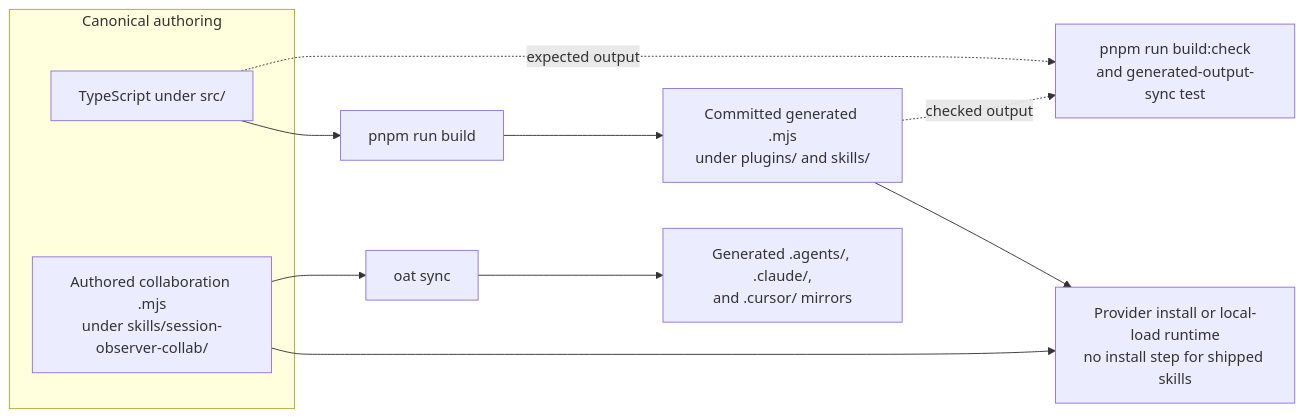
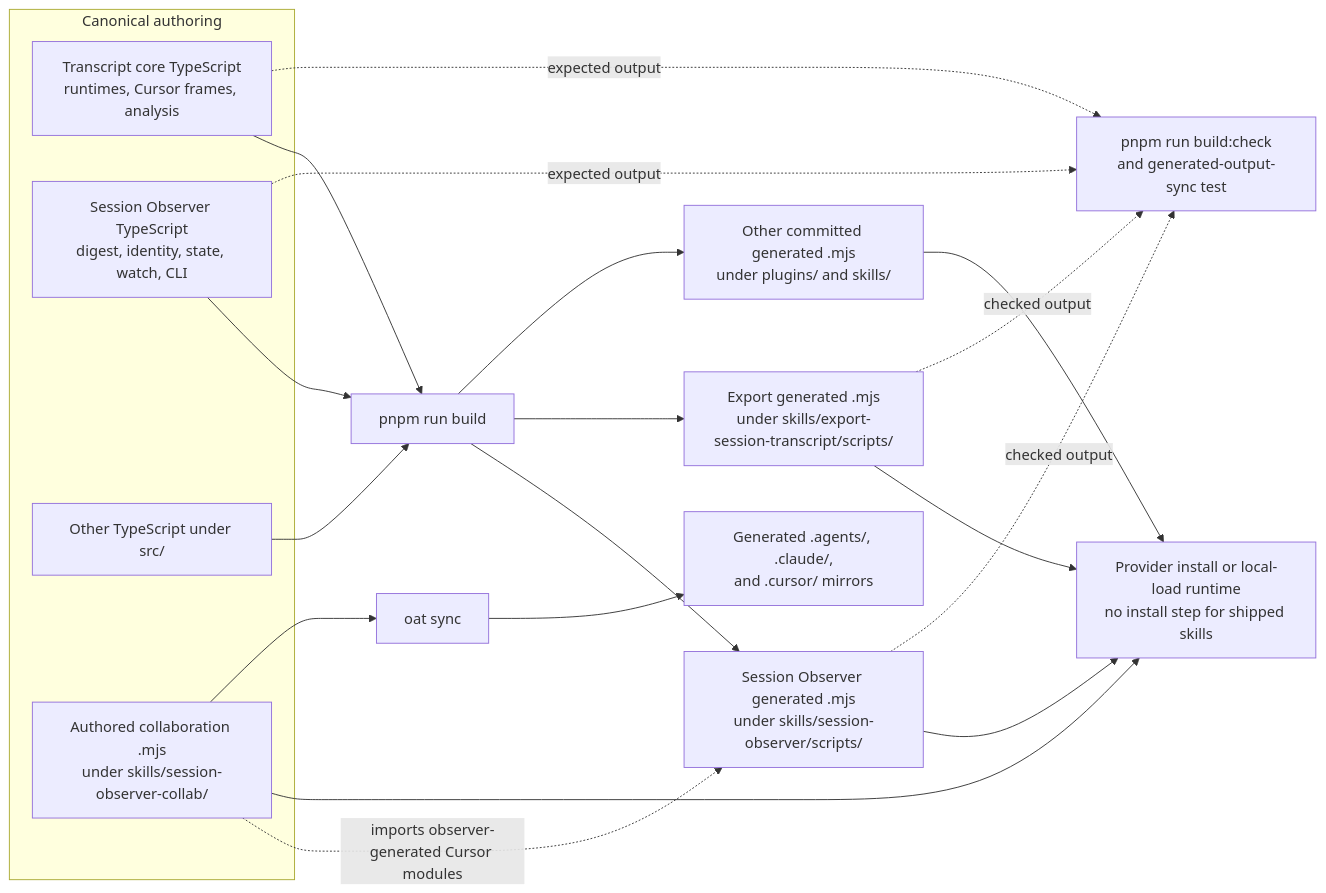
One commit to tkstang/skills changed the diagram in documentation/docs/engineering/architecture/generated-runtime.md. Above: the diagram before and after it, drawn with Mermaid. The commit also changed other lines of this file and 116 other files, not shown here.

````diff
--- a/documentation/docs/engineering/architecture/generated-runtime.md
+++ b/documentation/docs/engineering/architecture/generated-runtime.md
@@ -34,20 +34,32 @@
 ```mermaid
 flowchart LR
   subgraph authoring["Canonical authoring"]
-    TS["TypeScript under src/"]
+    CORE["Transcript core TypeScript<br/>runtimes, Cursor frames, analysis"]
+    OBSERVER["Session Observer TypeScript<br/>digest, identity, state, watch, CLI"]
+    OTHER["Other TypeScript under src/"]
     COLLAB["Authored collaboration .mjs<br/>under skills/session-observer-collab/"]
   end
 
   BUILD["pnpm run build"]
-  GENERATED["Committed generated .mjs<br/>under plugins/ and skills/"]
+  OBSOUT["Session Observer generated .mjs<br/>under skills/session-observer/scripts/"]
+  EXPOUT["Export generated .mjs<br/>under skills/export-session-transcript/scripts/"]
+  OTHEROUT["Other committed generated .mjs<br/>under plugins/ and skills/"]
   CHECK["pnpm run build:check<br/>and generated-output-sync test"]
   RUNTIME["Provider install or local-load runtime<br/>no install step for shipped skills"]
   SYNC["oat sync"]
   MIRRORS["Generated .agents/, .claude/,<br/>and .cursor/ mirrors"]
 
-  TS --> BUILD --> GENERATED --> RUNTIME
-  TS -.->|expected output| CHECK
-  GENERATED -.->|checked output| CHECK
+  CORE --> BUILD
+  OBSERVER --> BUILD
+  OTHER --> BUILD
+  BUILD --> OBSOUT --> RUNTIME
+  BUILD --> EXPOUT --> RUNTIME
+  BUILD --> OTHEROUT --> RUNTIME
+  CORE -.->|expected output| CHECK
+  OBSERVER -.->|expected output| CHECK
+  OBSOUT -.->|checked output| CHECK
+  EXPOUT -.->|checked output| CHECK
+  COLLAB -.->|imports observer-generated Cursor modules| OBSOUT
   COLLAB --> RUNTIME
   COLLAB --> SYNC --> MIRRORS
 ```
````
